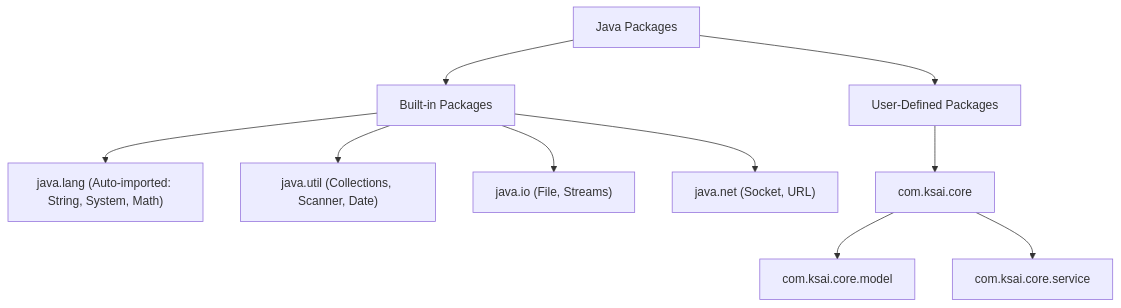
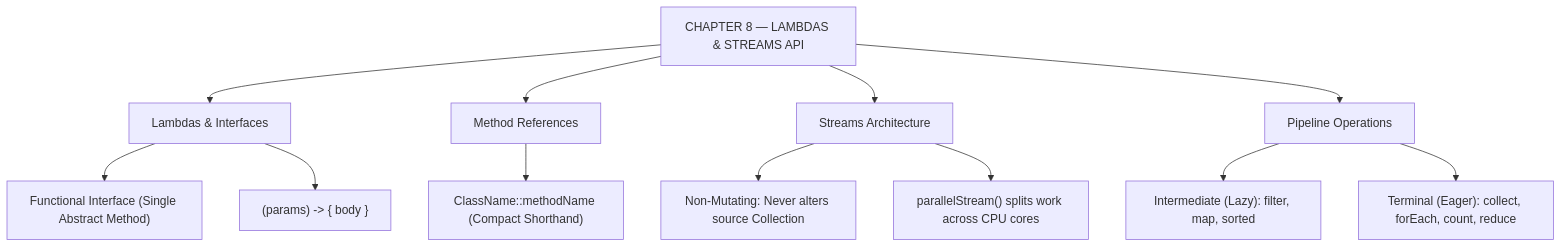
Before and after one commit to CHANDUAJMEERA277/ksai_final: the second of 2 diagrams in java/chapter8.md, drawn with Mermaid. The commit also changed other lines of this file and 21 other files, not shown here.

Commit message:
feat: replace all Java chapter markdown files with complete publication textbook content from PDF

````diff
--- a/java/chapter8.md
+++ b/java/chapter8.md
@@ -19,14 +521,18 @@
 ```mermaid
 graph TD
-    PKG["Java Packages"] --> BuiltIn["Built-in Packages"]
-    PKG --> UserDef["User-Defined Packages"]
+    Root["CHAPTER 8 — LAMBDAS & STREAMS API"] --> Lambdas["Lambdas & Interfaces"]
+    Root --> Refs["Method References"]
+    Root --> Architecture["Streams Architecture"]
+    Root --> PipelineOps["Pipeline Operations"]
 
-    BuiltIn --> JLang["java.lang (Auto-imported: String, System, Math)"]
-    BuiltIn --> JUtil["java.util (Collections, Scanner, Date)"]
-    BuiltIn --> JIO["java.io (File, Streams)"]
-    BuiltIn --> JNet["java.net (Socket, URL)"]
+    Lambdas --> SAM["Functional Interface (Single Abstract Method)"]
+    Lambdas --> Syntax8["(params) -> { body }"]
 
-    UserDef --> Domain["com.ksai.core"]
-    Domain --> Sub1["com.ksai.core.model"]
-    Domain --> Sub2["com.ksai.core.service"]
+    Refs --> MethodRef["ClassName::methodName (Compact Shorthand)"]
+
+    Architecture --> NonMut["Non-Mutating: Never alters source Collection"]
+    Architecture --> Parallel["parallelStream() splits work across CPU cores"]
+
+    PipelineOps --> Intermed["Intermediate (Lazy): filter, map, sorted"]
+    PipelineOps --> Terminal["Terminal (Eager): collect, forEach, count, reduce"]
 ```
````
